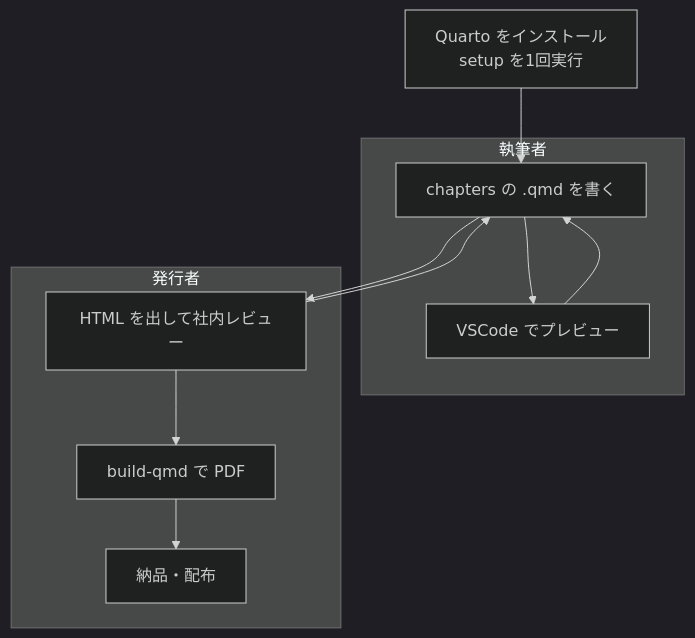
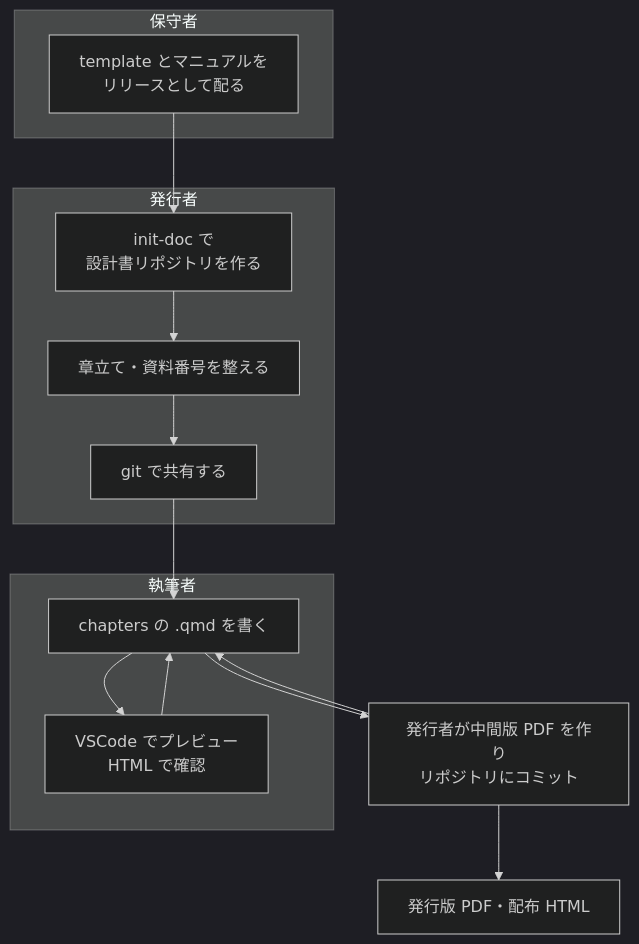
Before and after one commit to ramsesyok/design-doc-quarto-template: the diagram in manual/chapters/01-overview/04-flow.qmd, drawn with Mermaid (dark theme). The commit also changed other lines of this file and 37 other files, not shown here.

````diff
--- a/manual/chapters/01-overview/04-flow.qmd
+++ b/manual/chapters/01-overview/04-flow.qmd
@@ -7,14 +7,19 @@
 ```mermaid
 flowchart TD
-  S[Quarto をインストール<br/>setup を1回実行] --> W
+  subgraph 保守者
+    T[template とマニュアルを<br/>リリースとして配る]
+  end
+  T --> I
+  subgraph 発行者
+    I[init-doc で<br/>設計書リポジトリを作る] --> C[章立て・資料番号を整える]
+    C --> G[git で共有する]
+  end
+  G --> W
   subgraph 執筆者
-    W[chapters の .qmd を書く] --> P[VSCode でプレビュー]
+    W[chapters の .qmd を書く] --> P[VSCode でプレビュー<br/>HTML で確認]
     P --> W
   end
-  W --> R[HTML を出して社内レビュー]
-  R --> W
-  subgraph 発行者
-    R --> B[build-qmd で PDF]
-    B --> D[納品・配布]
-  end
+  W --> M[発行者が中間版 PDF を作り<br/>リポジトリにコミット]
+  M --> W
+  M --> B[発行版 PDF・配布 HTML]
 ```
````
